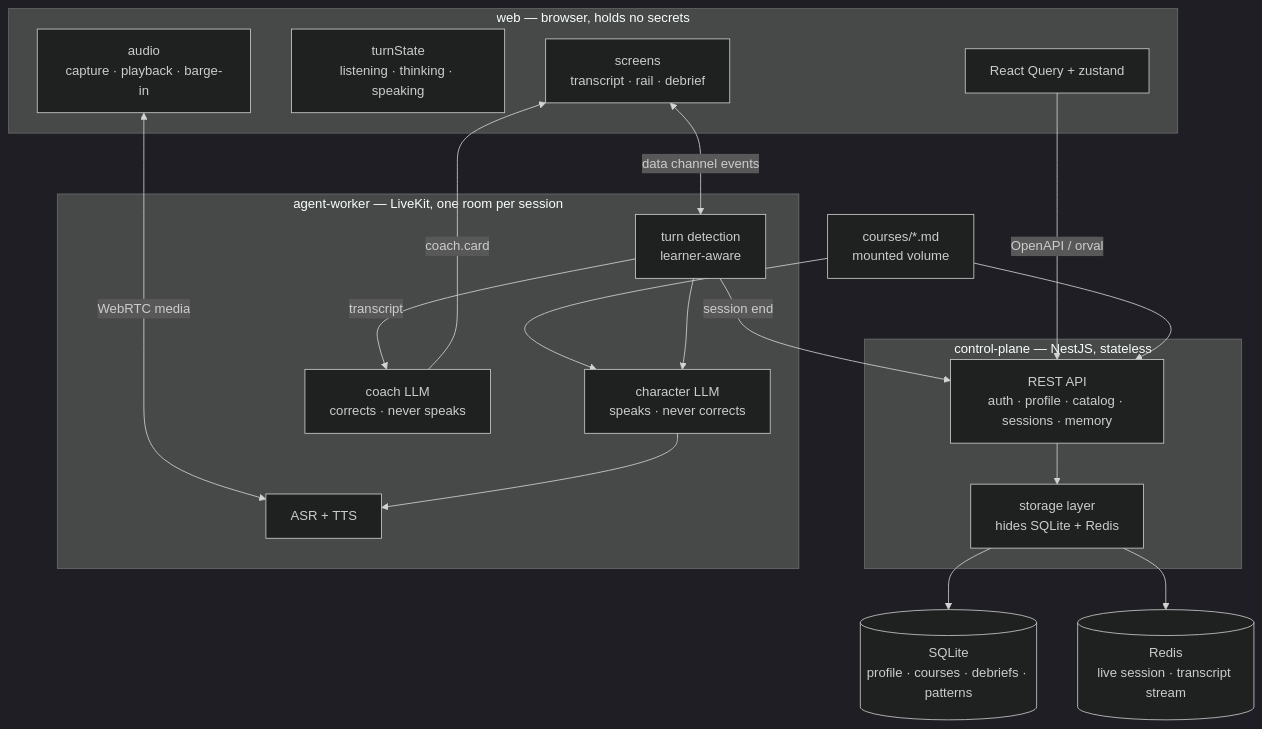
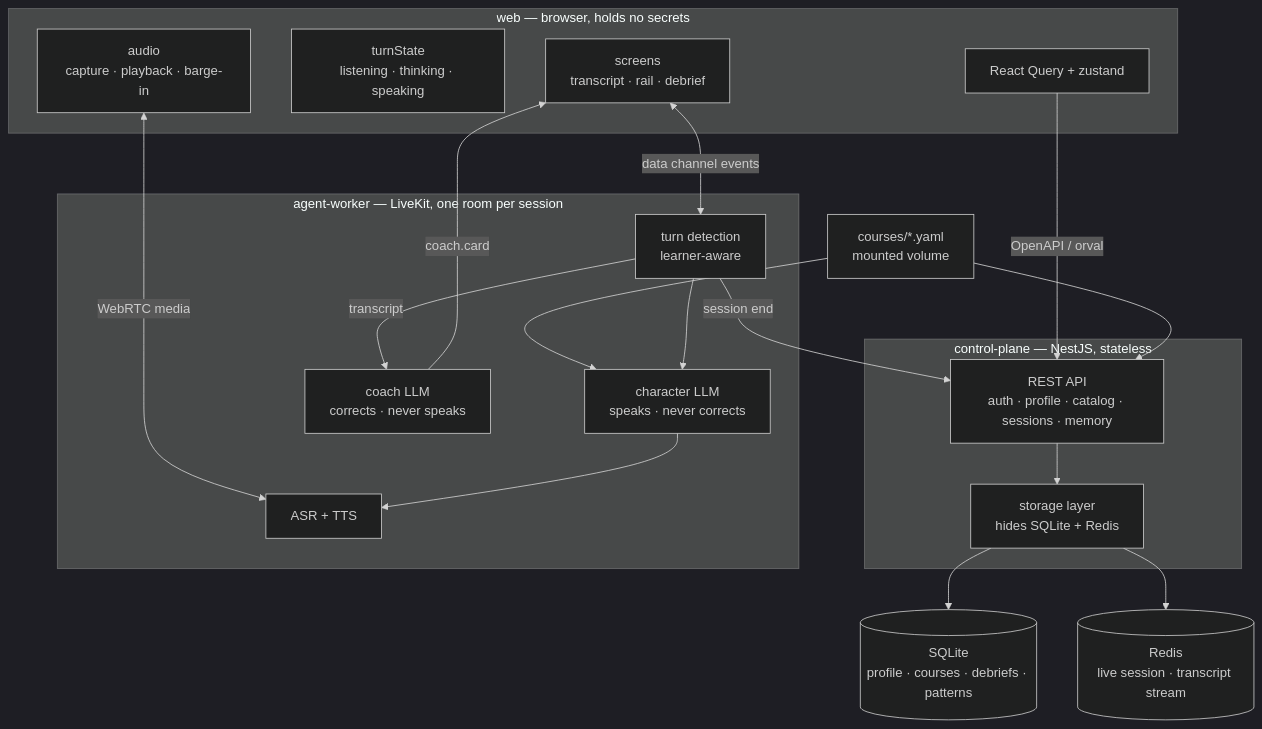
One commit to stkevintan/speak-demo changed the diagram in docs/ARCHITECTURE.md. Above: the diagram before and after it, drawn with Mermaid (dark theme). The commit also changed other lines of this file and 55 other files, not shown here.

````diff
--- a/docs/ARCHITECTURE.md
+++ b/docs/ARCHITECTURE.md
@@ -43,39 +43,39 @@
 ```mermaid
 flowchart TB
     subgraph web["web — browser, holds no secrets"]
         UI["screens<br/>transcript · rail · debrief"]
         FSM["turnState<br/>listening · thinking · speaking"]
         AUD["audio<br/>capture · playback · barge-in"]
         RQ["React Query + zustand"]
     end
 
     subgraph cp["control-plane — NestJS, stateless"]
         API["REST API<br/>auth · profile · catalog · sessions · memory"]
         STORE["storage layer<br/>hides SQLite + Redis"]
     end
 
     subgraph aw["agent-worker — LiveKit, one room per session"]
         TURN["turn detection<br/>learner-aware"]
         CHAR["character LLM<br/>speaks · never corrects"]
         COACH["coach LLM<br/>corrects · never speaks"]
         VOICE["ASR + TTS"]
     end
 
     SQL[("SQLite<br/>profile · courses · debriefs · patterns")]
     RED[("Redis<br/>live session · transcript stream")]
-    COURSES["courses/*.md<br/>mounted volume"]
+    COURSES["courses/*.yaml<br/>mounted volume"]
 
     RQ -->|"OpenAPI / orval"| API
     API --> STORE
     STORE --> SQL
     STORE --> RED
     AUD <-->|"WebRTC media"| VOICE
     UI <-->|"data channel events"| TURN
     COURSES --> API
     COURSES --> CHAR
     TURN --> CHAR
     TURN -->|"transcript"| COACH
     COACH -->|"coach.card"| UI
     CHAR --> VOICE
     TURN -->|"session end"| API
 ```
````
